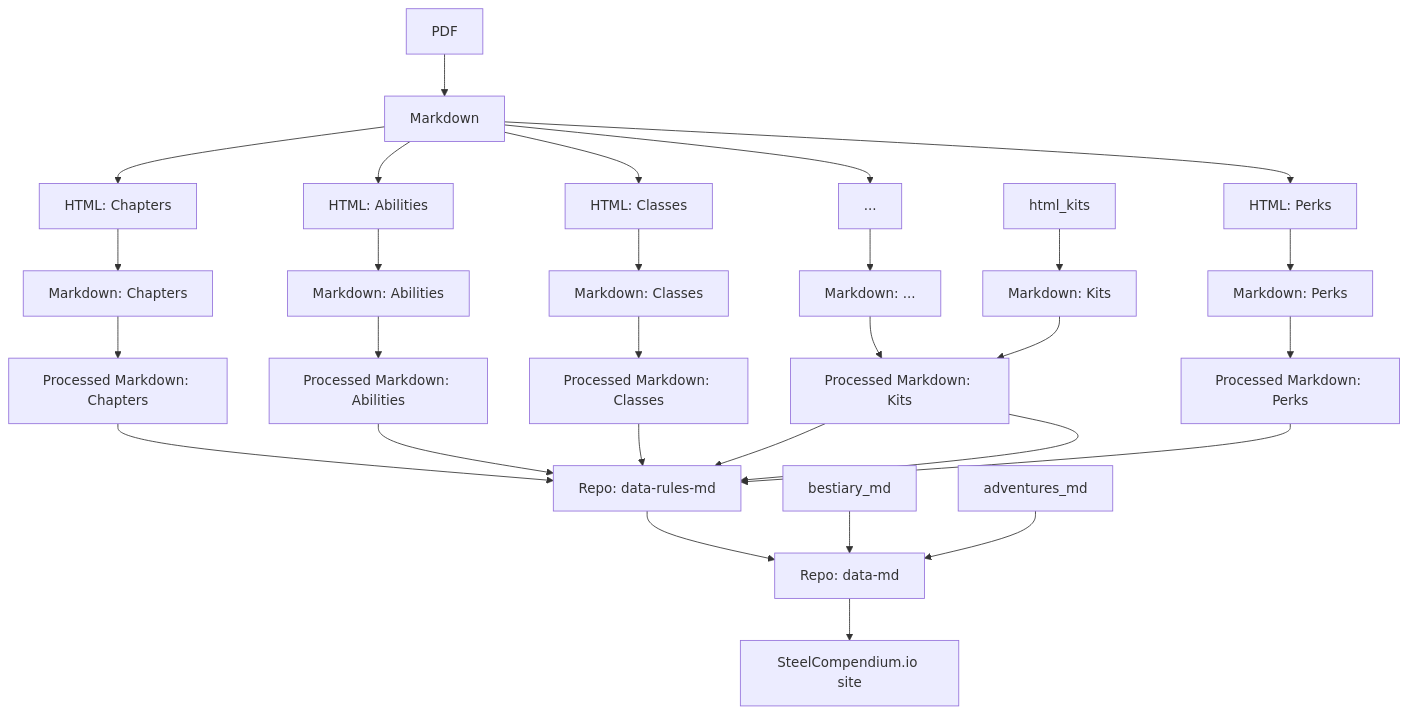
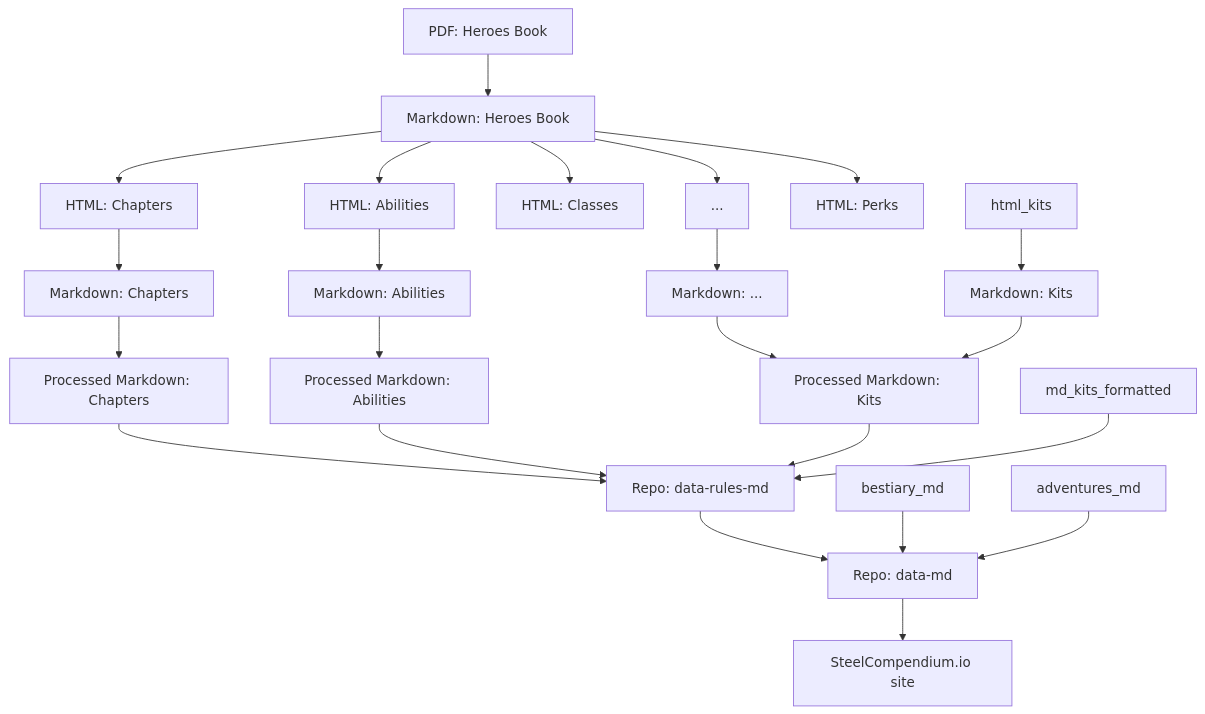
One commit to SteelCompendium/data-gen changed the diagram in README.md. Above: the diagram before and after it, drawn with Mermaid.

Commit message:
Updating diagram

````diff
--- a/README.md
+++ b/README.md
@@ -10,37 +10,31 @@
 ```mermaid
 flowchart TB
-    pdf["PDF"] --> markdown["Markdown"]
+    pdf["PDF: Heroes Book"] --> markdown["Markdown: Heroes Book"]
     
     markdown --> html_chapters["HTML: Chapters"]
     markdown --> html_abilities["HTML: Abilities"]
     markdown --> html_classes["HTML: Classes"]
     markdown --> html_dots["..."]
     markdown --> html_perks["HTML: Perks"]
     
     html_chapters --> md_chapters["Markdown: Chapters"]
     html_abilities --> md_abilities["Markdown: Abilities"]
-    html_classes --> md_classes["Markdown: Classes"]
     html_dots --> md_dots["Markdown: ..."]
     html_kits --> md_kits["Markdown: Kits"]
-    html_perks --> md_perks["Markdown: Perks"]
     
     md_chapters --> md_chapters_formatted["Processed Markdown: Chapters"]
     md_abilities --> md_abilities_formatted["Processed Markdown: Abilities"]
-    md_classes --> md_classes_formatted["Processed Markdown: Classes"]
     md_dots --> md_dots_formatted["Processed Markdown: ..."]
     md_kits --> md_dots_formatted["Processed Markdown: Kits"]
-    md_perks --> md_kits_formatted["Processed Markdown: Perks"]
     
     md_chapters_formatted --> rules_md["Repo: data-rules-md"]
     md_abilities_formatted --> rules_md["Repo: data-rules-md"]
-    md_classes_formatted --> rules_md["Repo: data-rules-md"]
-    md_dots_formatted --> rules_md["Repo: data-rules-md"]
     md_dots_formatted --> rules_md["Repo: data-rules-md"]
     md_kits_formatted --> rules_md["Repo: data-rules-md"]
     
     rules_md --> data_md["Repo: data-md"]
     bestiary_md --> data_md["Repo: data-md"]
     adventures_md --> data_md["Repo: data-md"]
 
     data_md --> sc_site["SteelCompendium.io site"]
 ```
````
